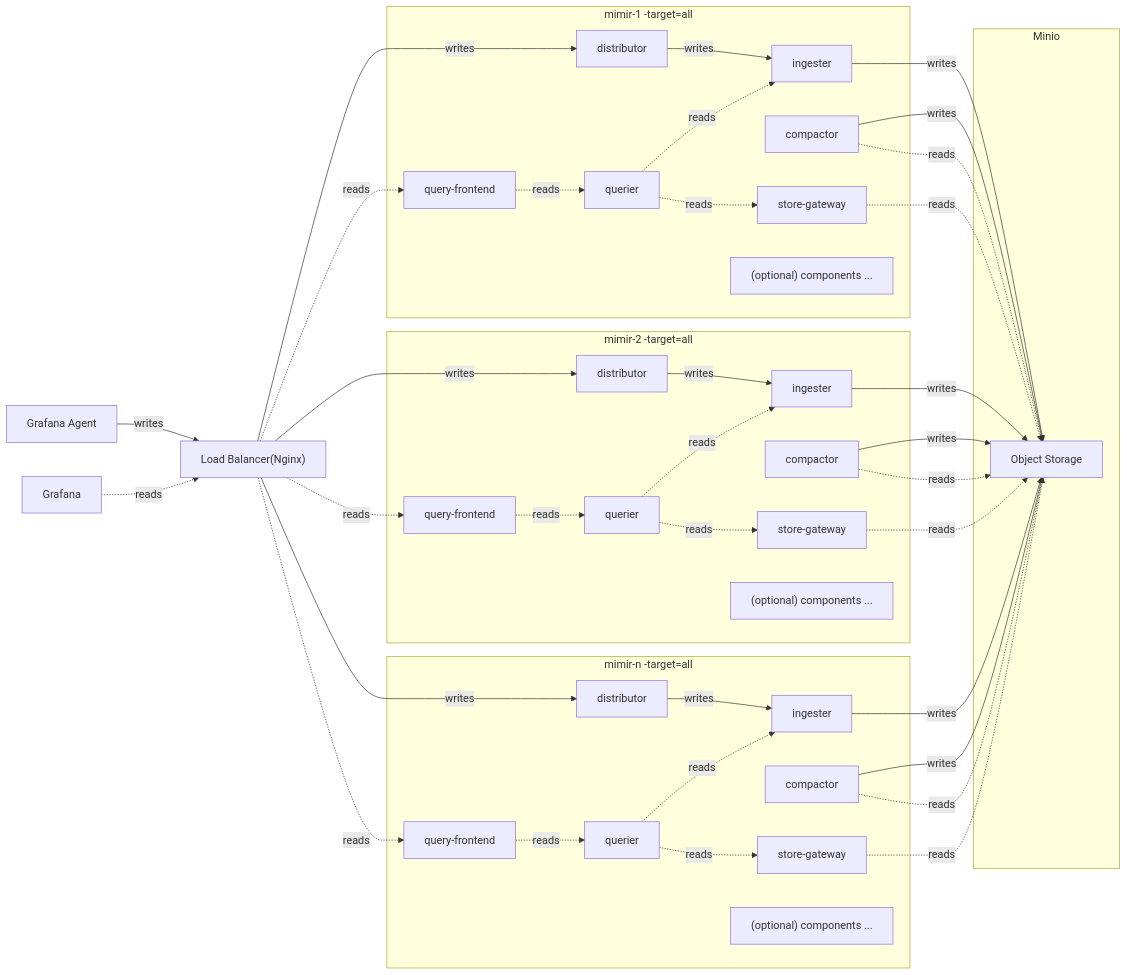
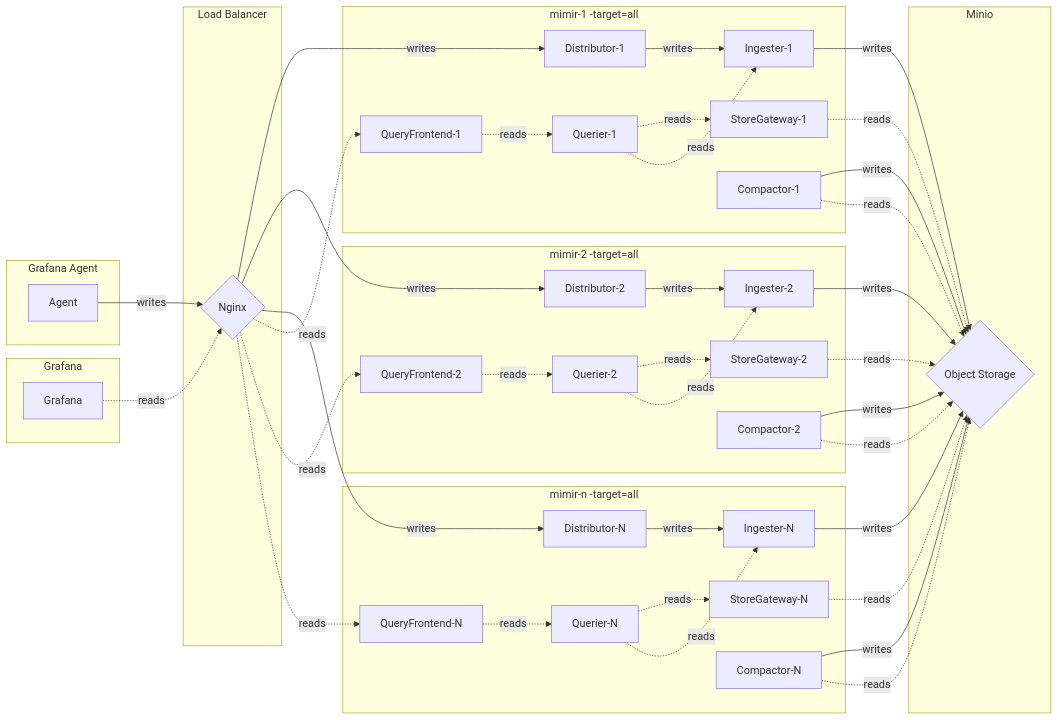
Before and after one commit to qclaogui/codelab-monitoring: the second of 2 diagrams in docker-compose/monolithic-mode/metrics/README.md, drawn with Mermaid. The commit also changed other lines of this file and 4 other files, not shown here.

Commit message:
Refactor flowchart code

````diff
--- a/docker-compose/monolithic-mode/metrics/README.md
+++ b/docker-compose/monolithic-mode/metrics/README.md
@@ -43,59 +49,61 @@
 ```mermaid
 flowchart LR
-    GrafanaAgent["Grafana Agent"] --> | writes | GateWay["Load Balancer(Nginx)"]
-    Grafana -.-> | reads | GateWay
+    Agent -->|writes| Nginx -->|writes| Distributor-1 -->|writes| Ingester-1 -->|writes| ObjectStorage
+    
+    Nginx -->|writes| Distributor-2 -->|writes| Ingester-2 -->|writes| ObjectStorage
+    Nginx -->|writes| Distributor-N -->|writes| Ingester-N -->|writes| ObjectStorage
+    
+    Grafana -.->|reads| Nginx -.->|reads| QueryFrontend-1 -.->|reads| Querier-1 -.->|reads| StoreGateway-1 -.->|reads| ObjectStorage
+    
+    Nginx -.->|reads| QueryFrontend-2 -.->|reads| Querier-2 -.->|reads| StoreGateway-2 -.->|reads| ObjectStorage
+    Nginx -.->|reads| QueryFrontend-N -.->|reads| Querier-N -.->|reads| StoreGateway-N -.->|reads| ObjectStorage
 
-    GateWay -->   | writes| Distributor & Distributor2 & DistributorN
-    GateWay -.->  | reads | QueryFrontend & QueryFrontend2 & QueryFrontendN
+    subgraph Minio
+        ObjectStorage{"Object Storage"}
+    end
+
+    subgraph GrafanaAgent["Grafana Agent"]
+        Agent
+    end
+
+    subgraph GFGraph["Grafana"]
+        Grafana
+    end
+
+    subgraph GateWay["Load Balancer"]
+        Nginx{"Nginx"}
+    end
 
     subgraph Mimir1["mimir-1 -target=all"]
-        Distributor["distributor"] --> | writes| Ingester["ingester"]
-
-        QueryFrontend["query-frontend"] -.-> | reads | Querier["querier"]
-
-        Querier["querier"] -.-> | reads | Ingester["ingester"]
-        Querier["querier"] -.-> | reads | StoreGateway["store-gateway"]
+        Ingester-1
+        Distributor-1
+        StoreGateway-1
+        QueryFrontend-1
+        Querier-1 -.->|reads| Ingester-1
         
-        Compactor["compactor"]
-        Optional["`(optional) components ...`"]
+        Compactor-1 --> |writes| ObjectStorage
+        Compactor-1 -.->|reads | ObjectStorage
     end
 
     subgraph Mimir2["mimir-2 -target=all"]
-        Distributor2["distributor"] --> | writes| Ingester2["ingester"]
-
-        QueryFrontend2["query-frontend"] -.-> | reads | Querier2["querier"]
-
-        Querier2["querier"] -.-> | reads | Ingester2["ingester"]
-        Querier2["querier"] -.-> | reads | StoreGateway2["store-gateway"]
+        Ingester-2
+        Distributor-2
+        StoreGateway-2
+        QueryFrontend-2
+        Querier-2 -.->|reads| Ingester-2
         
-        Compactor2["compactor"]
-        Optional2["`(optional) components ...`"]
+        Compactor-2 --> |writes| ObjectStorage
+        Compactor-2 -.->|reads | ObjectStorage
     end
 
     subgraph MimirN["mimir-n -target=all"]
-        DistributorN["distributor"] --> | writes| IngesterN["ingester"]
-
-        QueryFrontendN["query-frontend"] -.-> | reads | QuerierN["querier"]
-
-        QuerierN["querier"] -.-> | reads | IngesterN["ingester"]
-        QuerierN["querier"] -.-> | reads | StoreGatewayN["store-gateway"]
+        Ingester-N
+        Distributor-N
+        StoreGateway-N
+        QueryFrontend-N
+        Querier-N -.->|reads| Ingester-N
         
-        CompactorN["compactor"]
-        OptionalN["`(optional) components ...`"]
+        Compactor-N --> |writes| ObjectStorage
+        Compactor-N -.->|reads | ObjectStorage
     end
-
-    subgraph Minio
-        ObjectStorage["Object Storage"]
-    end
-
-
-    Ingester  & Compactor    -->  | writes | ObjectStorage
-    Compactor & StoreGateway -.-> | reads  | ObjectStorage
-
-    Ingester2  & Compactor2    -->  | writes | ObjectStorage
-    Compactor2 & StoreGateway2 -.-> | reads  | ObjectStorage
-
-    IngesterN  & CompactorN    -->  | writes | ObjectStorage
-    CompactorN & StoreGatewayN -.-> | reads  | ObjectStorage
-
 ```
````
